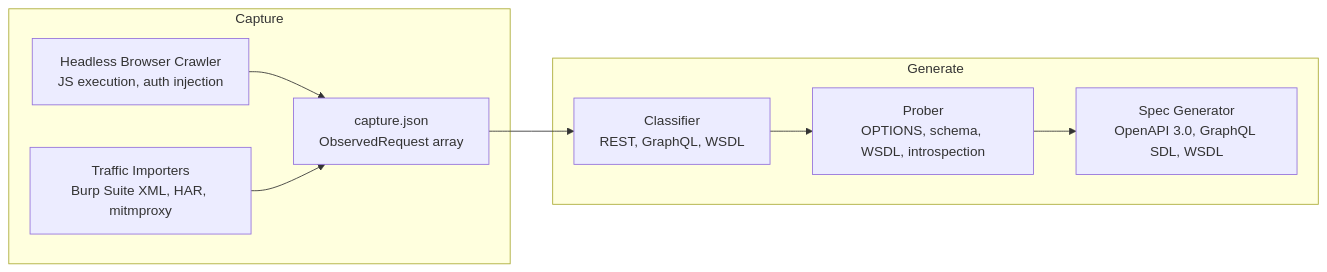
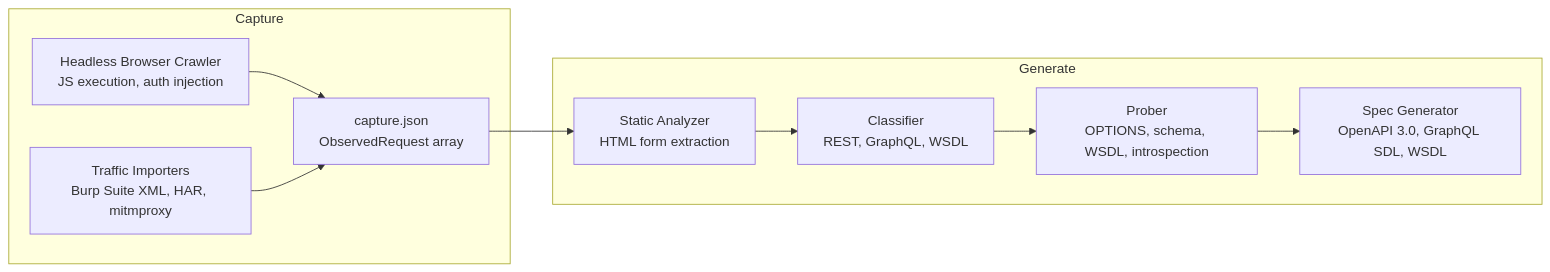
Before and after one commit to praetorian-inc/vespasian: the diagram in README.md, drawn with Mermaid. The commit also changed 4 other files, not shown here.

````diff
--- a/README.md
+++ b/README.md
@@ -58,12 +58,13 @@
 ```mermaid
 flowchart LR
     subgraph Capture
         A["Headless Browser Crawler<br/>JS execution, auth injection"] --> C["capture.json<br/>ObservedRequest array"]
         B["Traffic Importers<br/>Burp Suite XML, HAR, mitmproxy"] --> C
     end
     subgraph Generate
-        C --> D["Classifier<br/>REST, GraphQL, WSDL"]
+        C --> S["Static Analyzer<br/>HTML form extraction"]
+        S --> D["Classifier<br/>REST, GraphQL, WSDL"]
         D --> E["Prober<br/>OPTIONS, schema, WSDL, introspection"]
         E --> F["Spec Generator<br/>OpenAPI 3.0, GraphQL SDL, WSDL"]
     end
 ```
````
